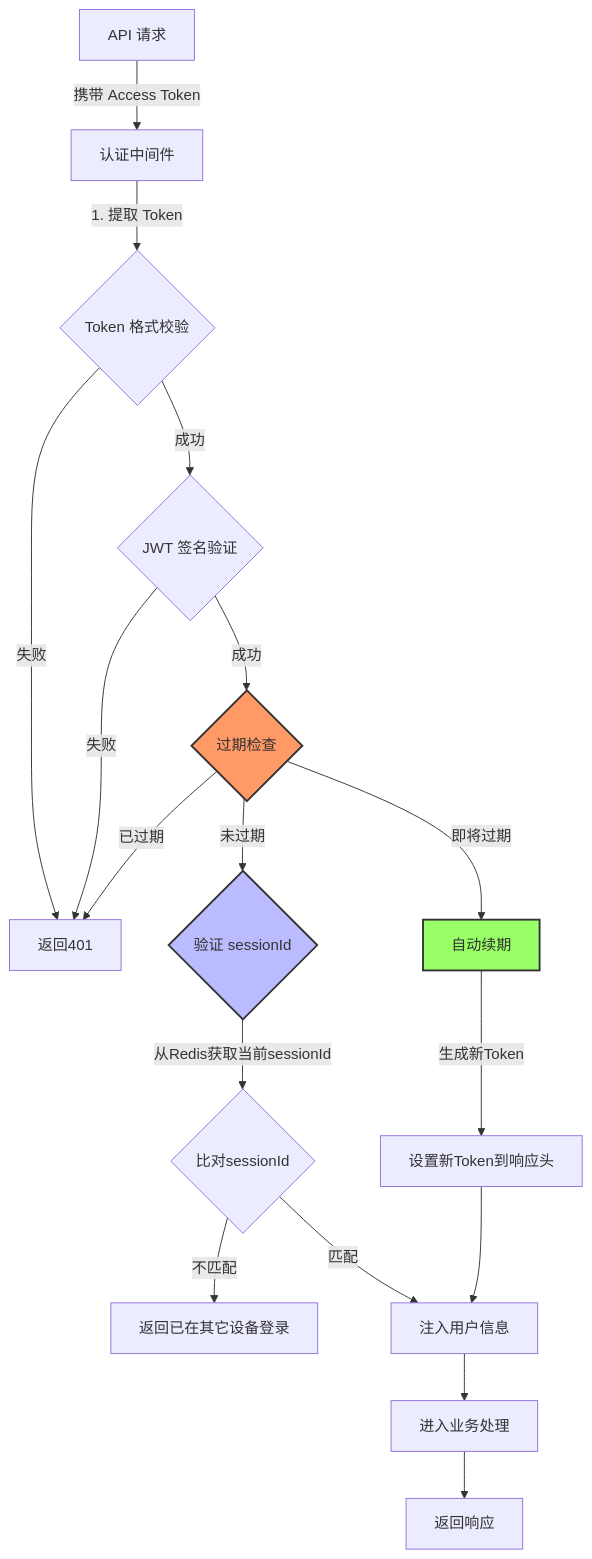
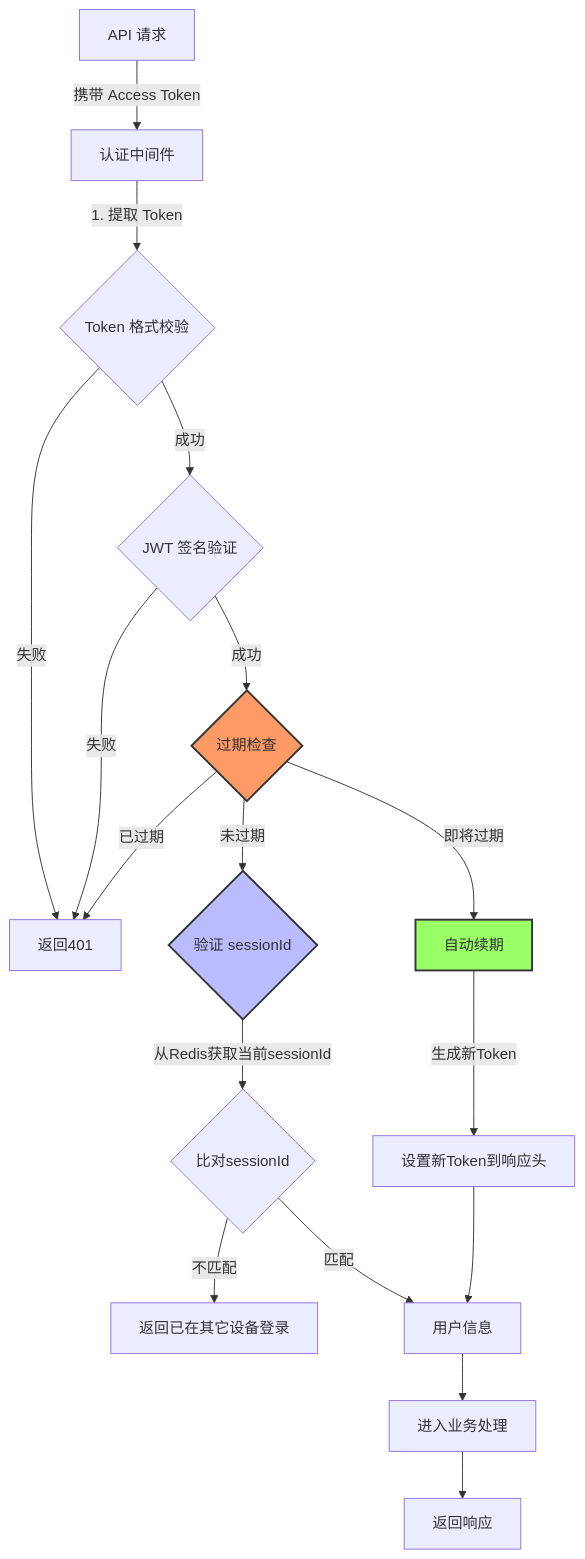
The diagram in all/未命名-13.md (yingjianzh/iodraw-files), drawn with Mermaid before and after one commit.

Commit message:
2025-01-02 16:10:37 update

````diff
--- a/all/未命名-13.md
+++ b/all/未命名-13.md
@@ -1,29 +1,29 @@
 ```mermaid
 
 flowchart TD
     
     A[API 请求] -->|携带 Access Token| B[认证中间件]
     B -->|1. 提取 Token| C{Token 格式校验}
     C -->|失败| D[返回401]
     C -->|成功| E{JWT 签名验证}
     E -->|失败| D
     E -->|成功| F{过期检查}
     
     F -->|已过期| D
     F -->|即将过期| G[自动续期]
     F -->|未过期| H{验证 sessionId}
     
     H -->|从Redis获取当前sessionId| I{比对sessionId}
     I -->|不匹配| J[返回已在其它设备登录]
-    I -->|匹配| K[注入用户信息]
+    I -->|匹配| K[用户信息]
     K --> L[进入业务处理]
     L --> N[返回响应]
     
     G -->|生成新Token| M[设置新Token到响应头]
     M --> K
 
     style F fill:#f96,stroke:#333,stroke-width:2px
     style H fill:#bbf,stroke:#333,stroke-width:2px
     style G fill:#9f6,stroke:#333,stroke-width:2px
 
 ```
````
